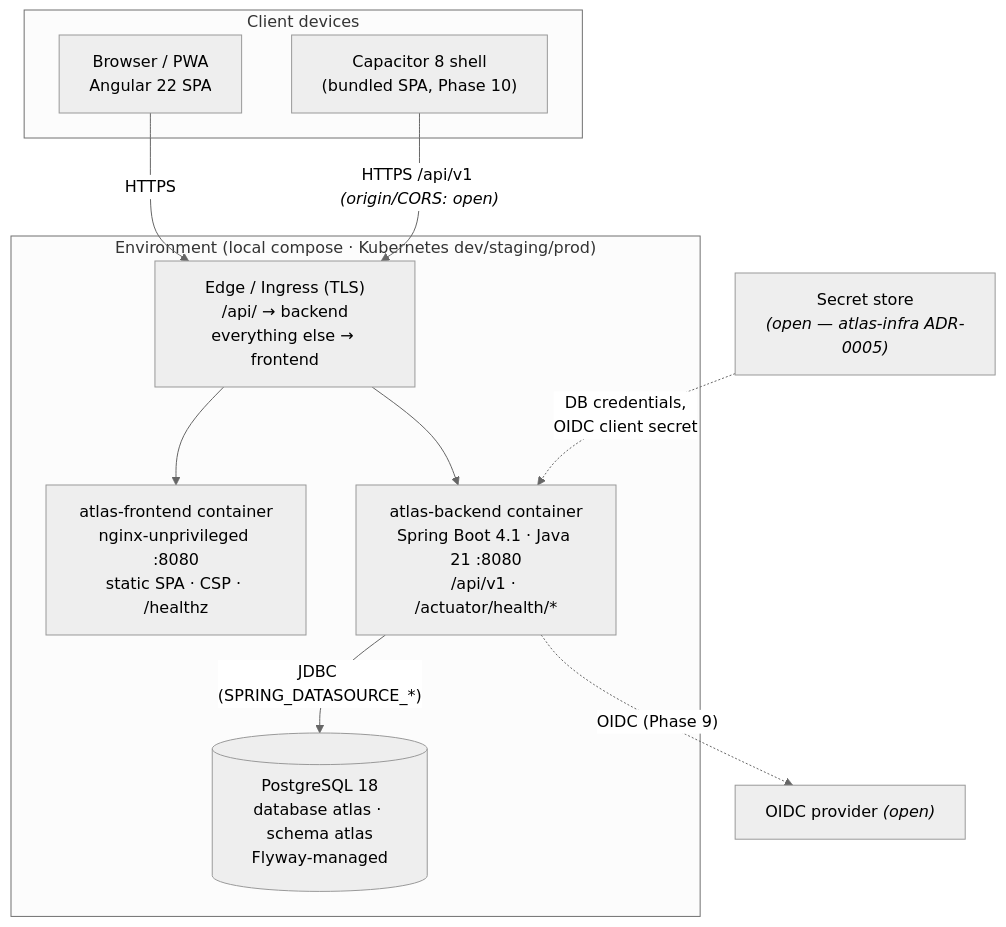
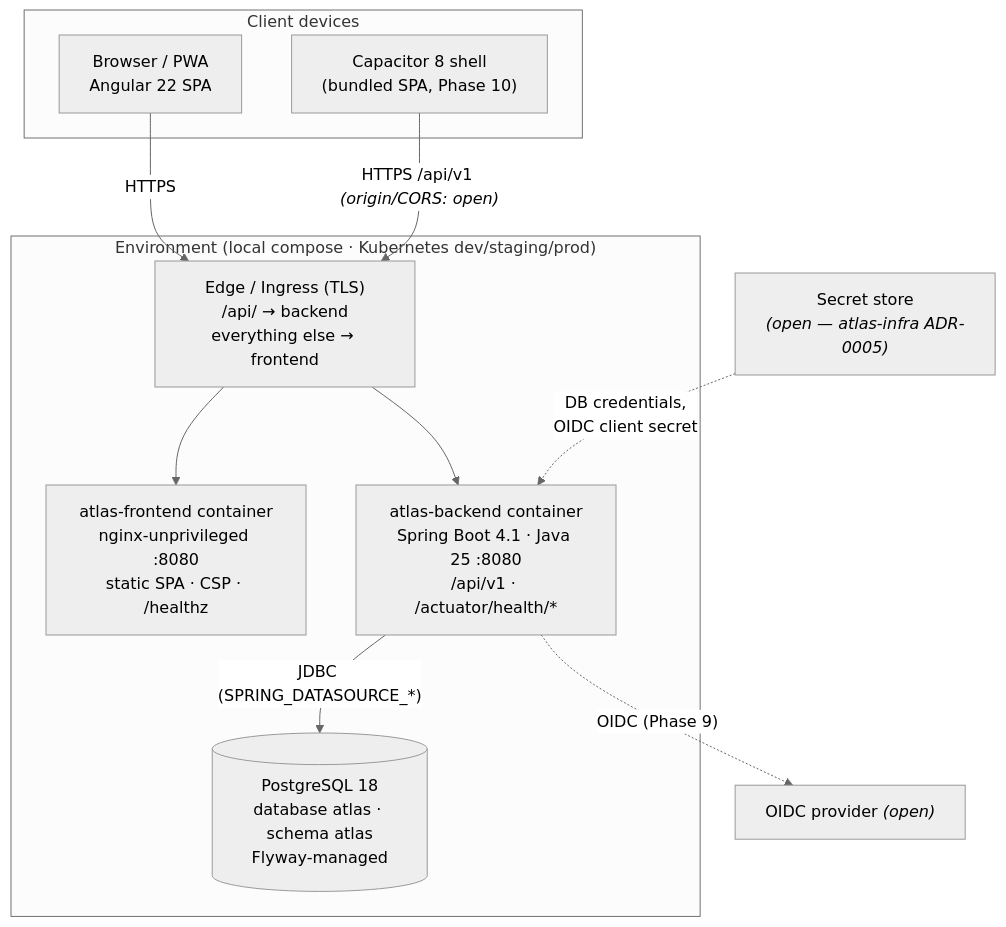
The second of 3 diagrams in docs/architecture/CONTEXT.md (hsnrzv/atlas), drawn with Mermaid (neutral theme) before and after one commit. The commit also changed other lines of this file and 4 other files, not shown here.

Commit message:
feat: update backend to Java 25 and add TECH-STACK.md for architecture overview

````diff
--- a/docs/architecture/CONTEXT.md
+++ b/docs/architecture/CONTEXT.md
@@ -54,25 +54,25 @@
 ```mermaid
 flowchart TB
   subgraph client["Client devices"]
     browser["Browser / PWA<br/>Angular 22 SPA"]
     capapp["Capacitor 8 shell<br/>(bundled SPA, Phase 10)"]
   end
 
   subgraph env["Environment (local compose · Kubernetes dev/staging/prod)"]
     edge["Edge / Ingress (TLS)<br/>/api/ → backend<br/>everything else → frontend"]
     fe["atlas-frontend container<br/>nginx-unprivileged :8080<br/>static SPA · CSP · /healthz"]
-    be["atlas-backend container<br/>Spring Boot 4.1 · Java 21 :8080<br/>/api/v1 · /actuator/health/*"]
+    be["atlas-backend container<br/>Spring Boot 4.1 · Java 25 :8080<br/>/api/v1 · /actuator/health/*"]
     db[("PostgreSQL 18<br/>database atlas · schema atlas<br/>Flyway-managed")]
   end
 
   secrets["Secret store<br/><i>(open — atlas-infra ADR-0005)</i>"]
   idp["OIDC provider <i>(open)</i>"]
 
   browser -- "HTTPS" --> edge
   capapp -- "HTTPS /api/v1 <i>(origin/CORS: open)</i>" --> edge
   edge --> fe
   edge --> be
   be -- "JDBC (SPRING_DATASOURCE_*)" --> db
   be -. "OIDC (Phase 9)" .-> idp
   secrets -. "DB credentials,<br/>OIDC client secret" .-> be
 ```
````
